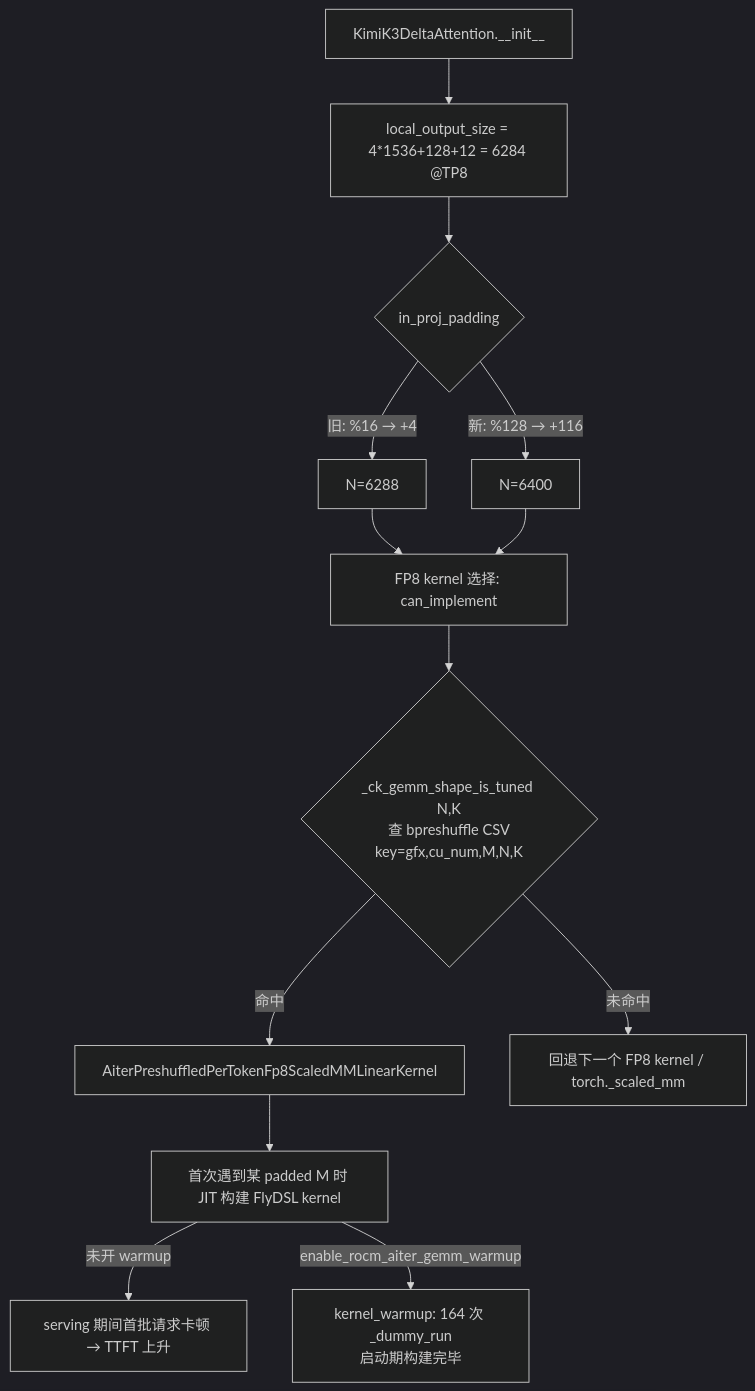
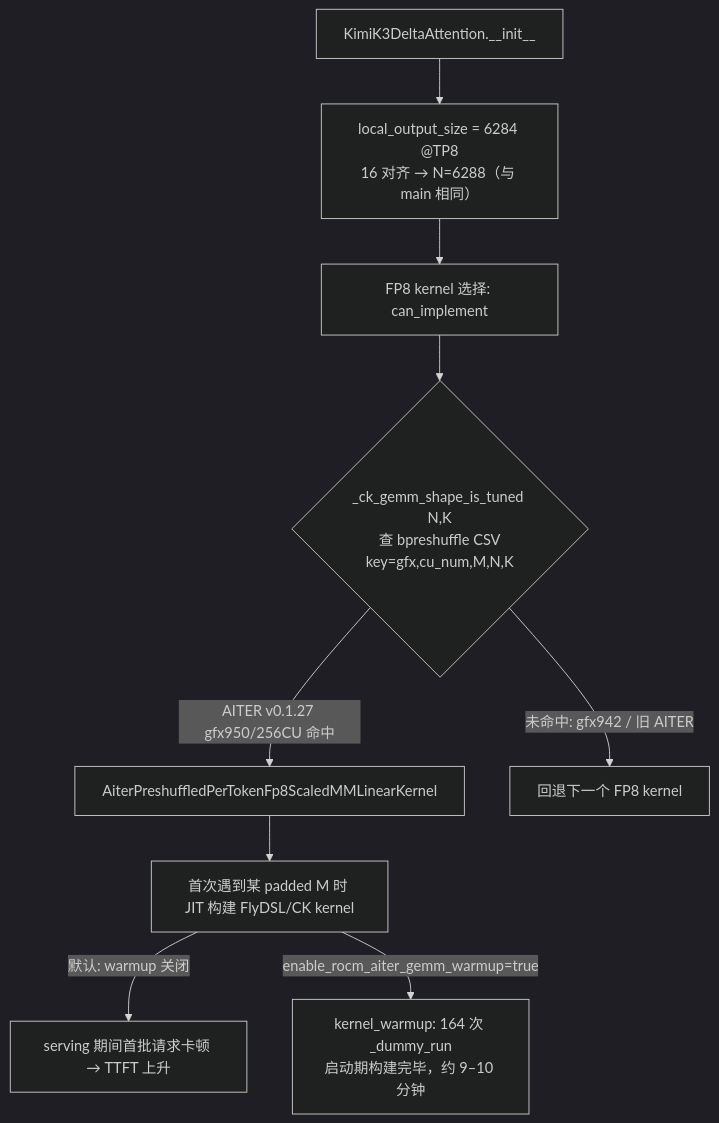
Before and after one commit to shen-shanshan/vllm-dev-skills: the first of 2 diagrams in skills/vllm-rocm-pr-review/outputs/pr-63730-review.md, drawn with Mermaid (dark theme). The commit also changed other lines of this file and 2 other files, not shown here.

````diff
--- a/skills/vllm-rocm-pr-review/outputs/pr-63730-review.md
+++ b/skills/vllm-rocm-pr-review/outputs/pr-63730-review.md
@@ -49,15 +47,11 @@
 ```mermaid
 flowchart TD
-    A[KimiK3DeltaAttention.__init__] --> B[local_output_size = 4*1536+128+12 = 6284 @TP8]
-    B --> C{in_proj_padding}
-    C -->|旧: %16 → +4| D[N=6288]
-    C -->|新: %128 → +116| E[N=6400]
-    D --> F[FP8 kernel 选择: can_implement]
-    E --> F
+    A[KimiK3DeltaAttention.__init__] --> B[local_output_size = 6284 @TP8<br/>16 对齐 → N=6288（与 main 相同）]
+    B --> F[FP8 kernel 选择: can_implement]
     F --> G{_ck_gemm_shape_is_tuned N,K<br/>查 bpreshuffle CSV<br/>key=gfx,cu_num,M,N,K}
-    G -->|命中| H[AiterPreshuffledPerTokenFp8ScaledMMLinearKernel]
-    G -->|未命中| I[回退下一个 FP8 kernel / torch._scaled_mm]
-    H --> J[首次遇到某 padded M 时 JIT 构建 FlyDSL kernel]
-    J -->|未开 warmup| K[serving 期间首批请求卡顿 → TTFT 上升]
-    J -->|enable_rocm_aiter_gemm_warmup| L[kernel_warmup: 164 次 _dummy_run<br/>启动期构建完毕]
+    G -->|AITER v0.1.27 gfx950/256CU 命中| H[AiterPreshuffledPerTokenFp8ScaledMMLinearKernel]
+    G -->|未命中: gfx942 / 旧 AITER| I[回退下一个 FP8 kernel]
+    H --> J[首次遇到某 padded M 时 JIT 构建 FlyDSL/CK kernel]
+    J -->|默认: warmup 关闭| K[serving 期间首批请求卡顿 → TTFT 上升]
+    J -->|enable_rocm_aiter_gemm_warmup=true| L[kernel_warmup: 164 次 _dummy_run<br/>启动期构建完毕，约 9–10 分钟]
 ```
````
